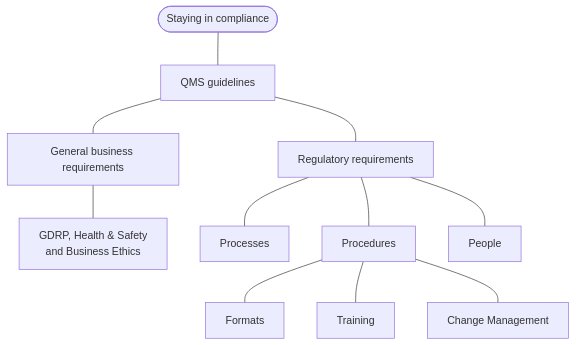
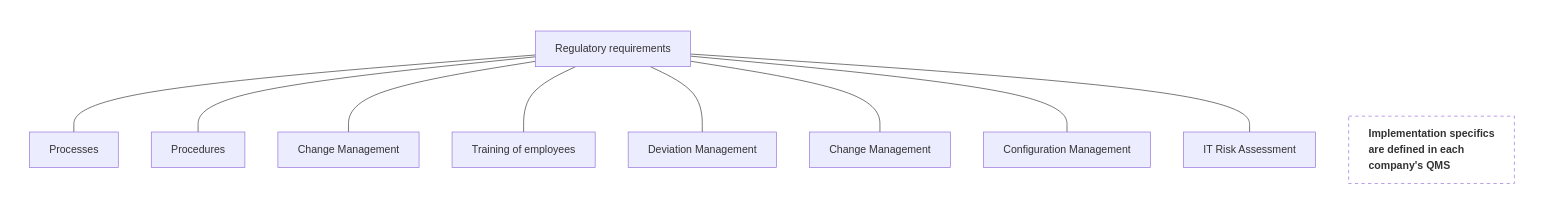
One commit to AttilaVural/AttilaVural.github.io changed the diagram in docs/gxp/QMS.md. Above: the diagram before and after it, drawn with Mermaid. The commit also changed other lines of this file and 2 other files, not shown here.

Commit message:
wrote some text

````diff
--- a/docs/gxp/QMS.md
+++ b/docs/gxp/QMS.md
@@ -7,14 +7,20 @@
 ``` mermaid
-graph TD
-  A([Staying in compliance]);
-	A --- B[QMS guidelines];
-		B --- C[General business requirements];
-			C --- D[GDRP, Health & Safety <br> and Business Ethics];
-		B --- G[Regulatory requirements];
-			G --- H[Processes];
-			G --- I[Procedures];
-				I --- K[Formats];
-				I --- L[Training];
-				I --- M[Change Management];
-			G --- J[People];
+	graph LR
+		subgraph TOP [" "];
+					G[Regulatory requirements];
+						G --- H[Processes];
+						G --- I[Procedures];
+						G --- M[Change Management];
+						G --- L[Training of employees];
+						G --- N[Deviation Management];
+						G --- O[Change Management];
+						G --- P[Configuration Management];
+						G --- Q[IT Risk Assessment];
+					
+			NOTE["Implementation specifics <br> are defined in each <br> company's QMS"];
+		end
+	class NOTE dashedNote
+	class TOP transparant
+	classDef dashedNote fill:#00000000,text-align:left,stroke-dasharray:5,font-weight:bold;
+	classDef transparant fill:#00000000,stroke:#00000000;
 ```
````
